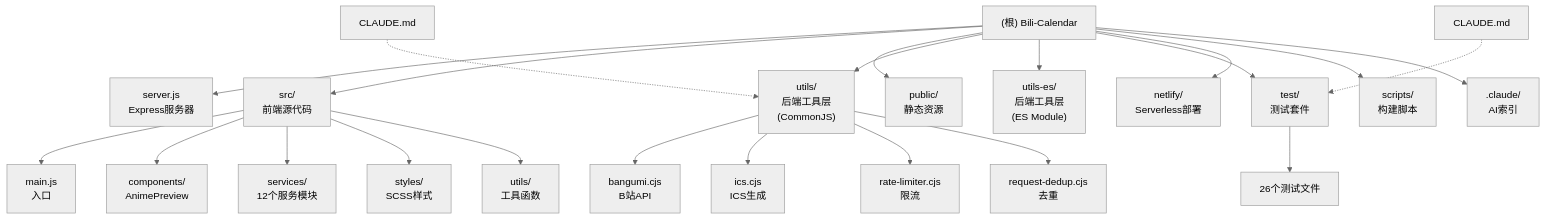
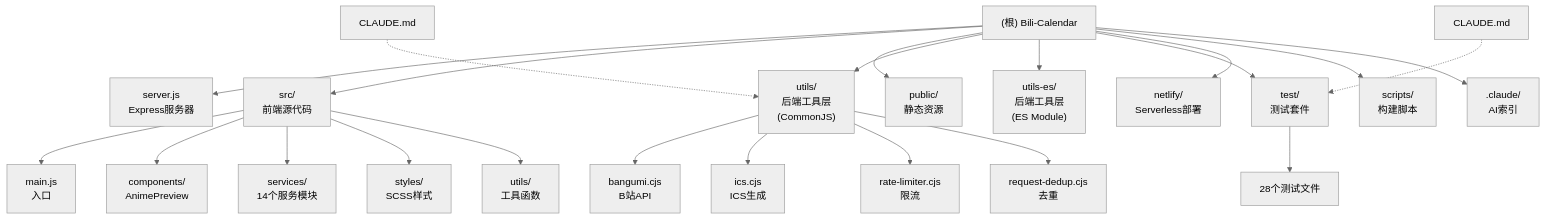
Before and after one commit to Silentely/Bili-Calendar: the diagram in CLAUDE.md, drawn with Mermaid (neutral theme). The commit also changed other lines of this file and 7 other files, not shown here.

````diff
--- a/CLAUDE.md
+++ b/CLAUDE.md
@@ -228,31 +232,31 @@
 ```mermaid
 graph TD
     Root["(根) Bili-Calendar"] --> Server["server.js<br/>Express服务器"]
     Root --> Src["src/<br/>前端源代码"]
     Root --> Public["public/<br/>静态资源"]
     Root --> Utils["utils/<br/>后端工具层<br/>(CommonJS)"]
     Root --> UtilsES["utils-es/<br/>后端工具层<br/>(ES Module)"]
     Root --> Test["test/<br/>测试套件"]
     Root --> Netlify["netlify/<br/>Serverless部署"]
     Root --> Scripts["scripts/<br/>构建脚本"]
     Root --> Claude[".claude/<br/>AI索引"]
 
     Src --> SrcMain["main.js<br/>入口"]
     Src --> SrcComponents["components/<br/>AnimePreview"]
-    Src --> SrcServices["services/<br/>12个服务模块"]
+    Src --> SrcServices["services/<br/>14个服务模块"]
     Src --> SrcStyles["styles/<br/>SCSS样式"]
     Src --> SrcUtils["utils/<br/>工具函数"]
 
     Utils --> Bangumi["bangumi.cjs<br/>B站API"]
     Utils --> Ics["ics.cjs<br/>ICS生成"]
     Utils --> RateLimiter["rate-limiter.cjs<br/>限流"]
     Utils --> RequestDedup["request-dedup.cjs<br/>去重"]
 
-    Test --> TestFiles["26个测试文件"]
+    Test --> TestFiles["28个测试文件"]
 
     UtilsCLAUDE["CLAUDE.md"] -.-> Utils
     TestCLAUDE["CLAUDE.md"] -.-> Test
 
     click Utils "./utils/CLAUDE.md" "查看工具层文档"
     click Test "./test/CLAUDE.md" "查看测试文档"
 ```
````
